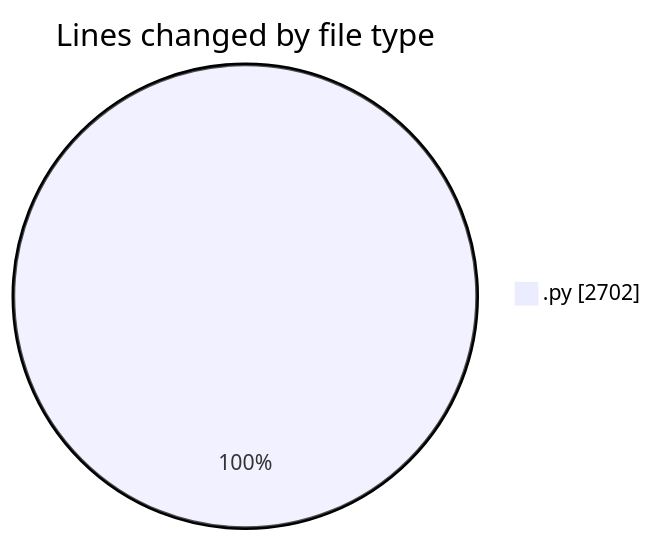
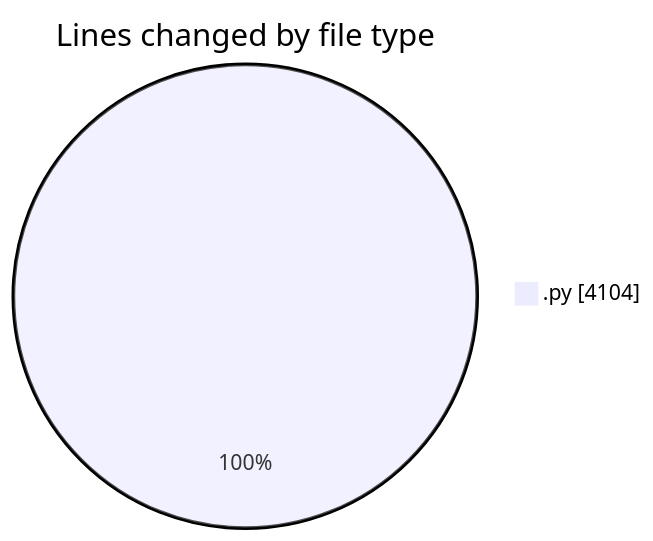
Before and after one commit to Unknowalive/code-tracking: the first of 2 diagrams in 2026-04-02/ai-programming-assignment-4/README.md, drawn with Mermaid. The commit also changed other lines of this file and 1 other file, not shown here.

````diff
--- a/2026-04-02/ai-programming-assignment-4/README.md
+++ b/2026-04-02/ai-programming-assignment-4/README.md
@@ -35,5 +38,5 @@
 ```mermaid
 pie showData
 title Lines changed by file type
-".py" : 2702
+".py" : 4104
 ```
````
